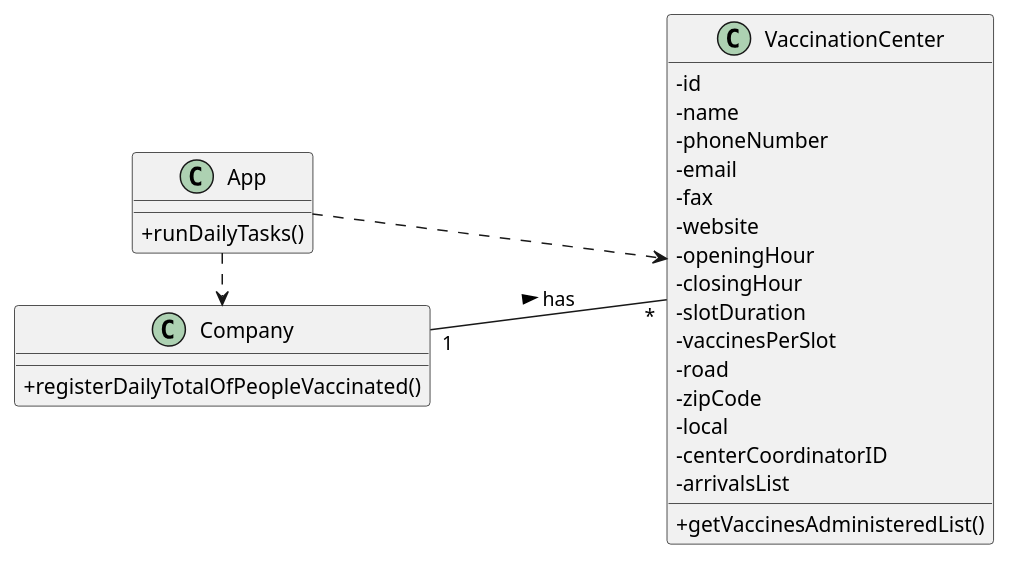
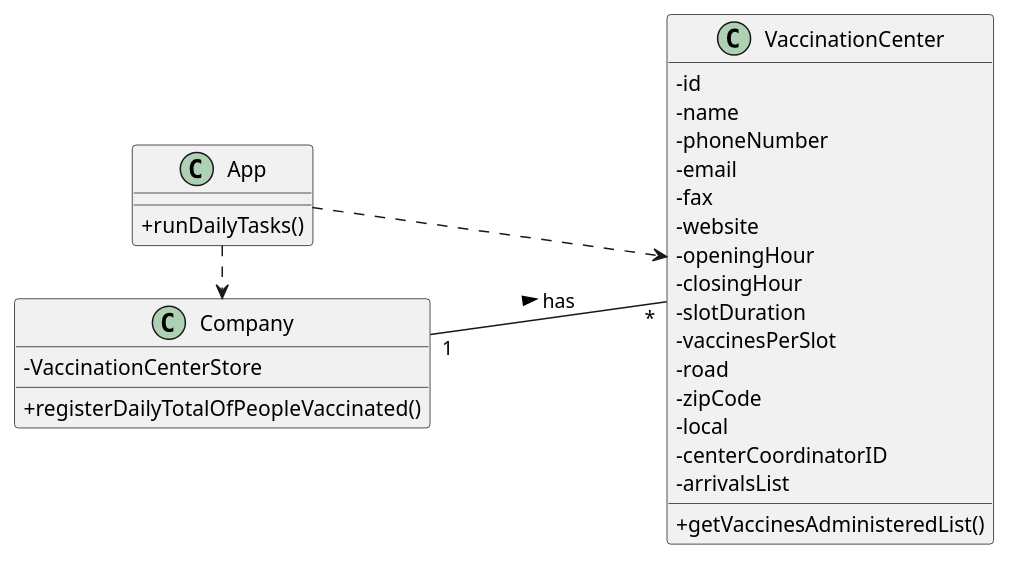
The diagram in docs/SprintD/US006/US006_CD.puml (Pirussa/lei-22-s2-1da-g02), drawn with PlantUML before and after one commit. The commit also changed 8 other files, not shown here.

Commit message:
US006 - Documentation - Diagrams - Design - Updates in pretty much every diagram, and some on the written documentation.

```diff
--- a/docs/SprintD/US006/US006_CD.puml
+++ b/docs/SprintD/US006/US006_CD.puml
@@ -1,42 +1,43 @@
 @startuml
 'https://plantuml.com/class-diagram
 
 skinparam classAttributeIconSize 0
 
 
 class App{
 +runDailyTasks()
 }
 
 class VaccinationCenter{
 -id
 -name
 -phoneNumber
 -email
 -fax
 -website
 -openingHour
 -closingHour
 -slotDuration
 -vaccinesPerSlot
 -road
 -zipCode
 -local
 -centerCoordinatorID
 -arrivalsList
 +getVaccinesAdministeredList()
 }
 
 
 class Company{
+-VaccinationCenterStore
 +registerDailyTotalOfPeopleVaccinated()
 }
 
 
 left to right direction
 
 
 App .r.> Company
 App .>VaccinationCenter
 Company"1" --- "*"VaccinationCenter: > has
 @enduml
```
